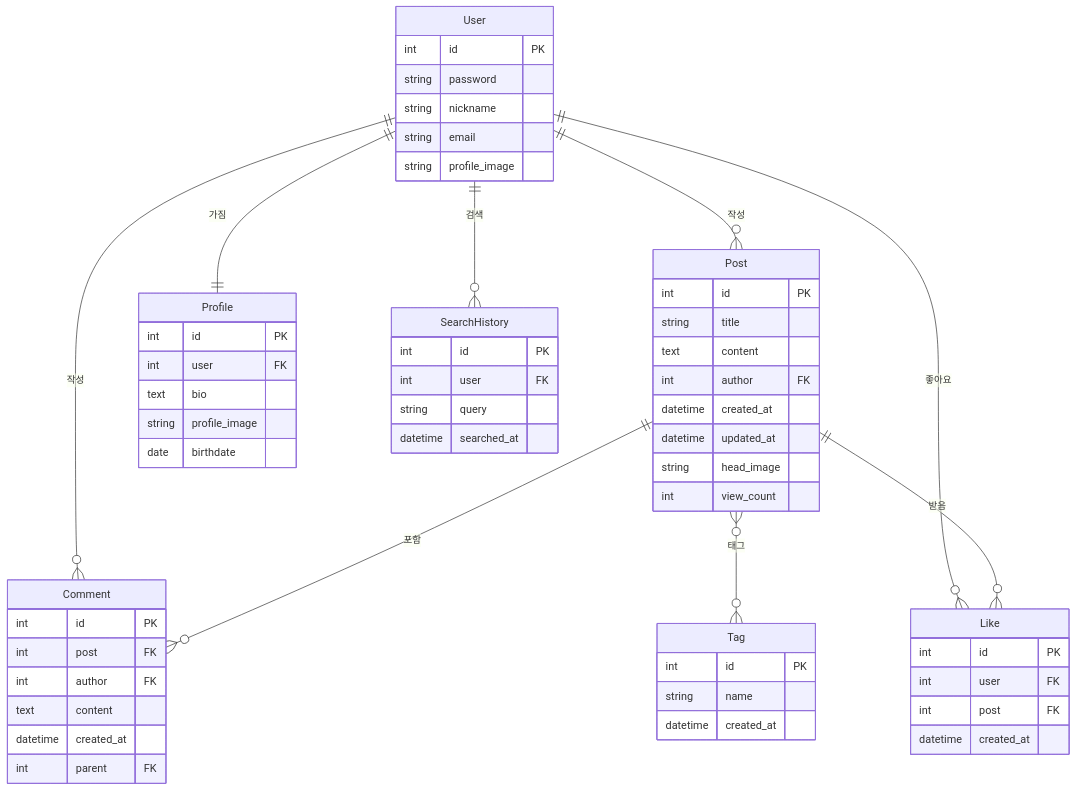
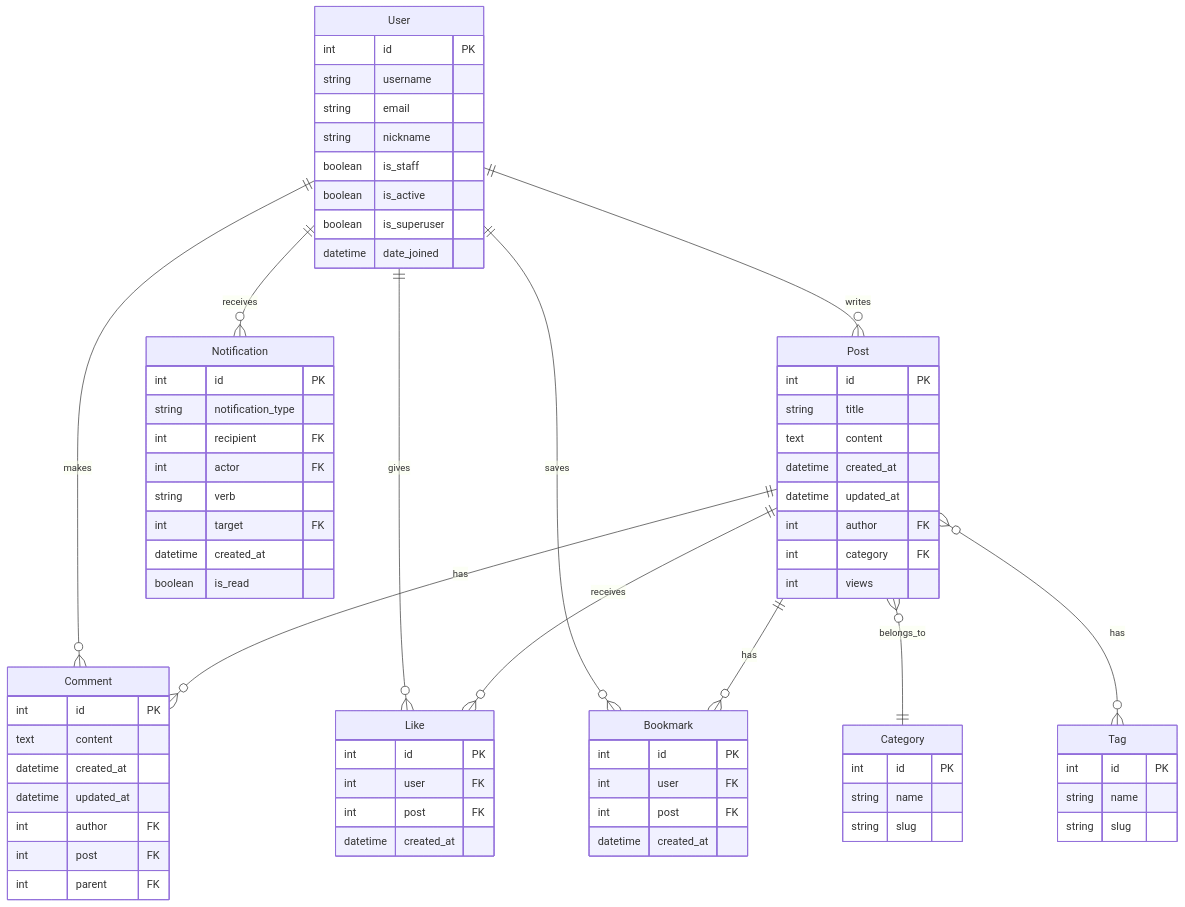
The second of 2 diagrams in README.md (Yoo117/Practice-Repository), drawn with Mermaid before and after one commit. The commit also changed other lines of this file and 1 other file, not shown here.

````diff
--- a/README.md
+++ b/README.md
@@ -87,67 +86,82 @@
 ```mermaid
 erDiagram
-    User ||--o{ Post : "작성"
-    User ||--o{ Comment : "작성"
-    User ||--|| Profile : "가짐"
-    User ||--o{ SearchHistory : "검색"
-    User ||--o{ Like : "좋아요"
-    Post ||--o{ Comment : "포함"
-    Post }o--o{ Tag : "태그"
-    Post ||--o{ Like : "받음"
-    
+    User ||--o{ Post : writes
+    User ||--o{ Comment : makes
+    User ||--o{ Like : gives
+    User ||--o{ Bookmark : saves
+    User ||--o{ Notification : receives
+    Post ||--o{ Comment : has
+    Post ||--o{ Like : receives
+    Post ||--o{ Bookmark : has
+    Post }o--|| Category : belongs_to
+    Post }o--o{ Tag : has
+
     User {
         int id PK
-        string password
+        string username
+        string email
         string nickname
-        string email
-        string profile_image
+        boolean is_staff
+        boolean is_active
+        boolean is_superuser
+        datetime date_joined
     }
-    
+
     Post {
         int id PK
         string title
         text content
-        int author FK
         datetime created_at
         datetime updated_at
-        string head_image
-        int view_count
+        int author FK
+        int category FK
+        int views
     }
-    
+
+    Category {
+        int id PK
+        string name
+        string slug
+    }
+
     Comment {
         int id PK
-        int post FK
-        int author FK
         text content
         datetime created_at
+        datetime updated_at
+        int author FK
+        int post FK
         int parent FK
     }
-    
-    Tag {
-        int id PK
-        string name
-        datetime created_at
-    }
-    
-    Profile {
-        int id PK
-        int user FK
-        text bio
-        string profile_image
-        date birthdate
-    }
-    
-    SearchHistory {
-        int id PK
-        int user FK
-        string query
-        datetime searched_at
-    }
-    
+
     Like {
         int id PK
         int user FK
         int post FK
         datetime created_at
     }
+
+    Bookmark {
+        int id PK
+        int user FK
+        int post FK
+        datetime created_at
+    }
+
+    Notification {
+        int id PK
+        string notification_type
+        int recipient FK
+        int actor FK
+        string verb
+        int target FK
+        datetime created_at
+        boolean is_read
+    }
+
+    Tag {
+        int id PK
+        string name
+        string slug
+    }
 ```
````
